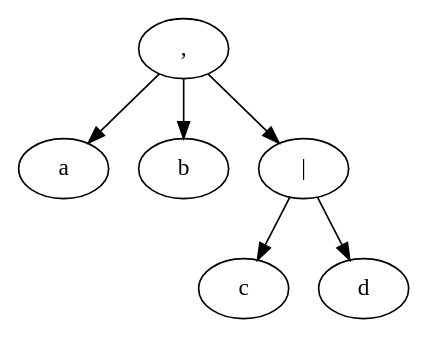
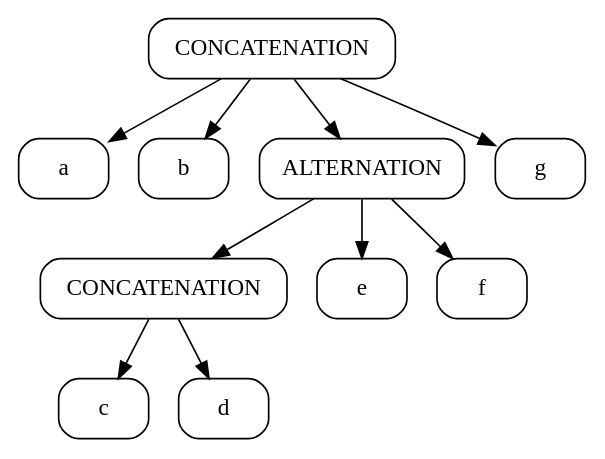
One commit to otmarjr/jInfer-fork changed the diagram in doc/jInfer/full/architecture/reg_tree.gv. Above: the diagram before and after it, drawn with Graphviz. The commit also changed 3 other files, not shown here.

Commit message:
3154619 Create documentation for jInfer architecture - regexp draft completed

```diff
--- a/doc/jInfer/full/architecture/reg_tree.gv
+++ b/doc/jInfer/full/architecture/reg_tree.gv
@@ -1,10 +1,15 @@
 digraph reg_tree {
-	1 [label = ","];
+	node [shape = rectangle, style= rounded];
+	1 [label = "CONCATENATION"];
 	1 -> a;
 	1 -> b;
-	2 [label = "|"];
+	2 [label = "ALTERNATION"];
 	1 -> 2;
-	2 -> c;
-	2 -> d;
-	 
+	3 [label = "CONCATENATION"];
+	2 -> 3;
+	2 -> e;
+	2 -> f;
+	3 -> c;
+	3 -> d;
+	1 -> g;
 }
```
